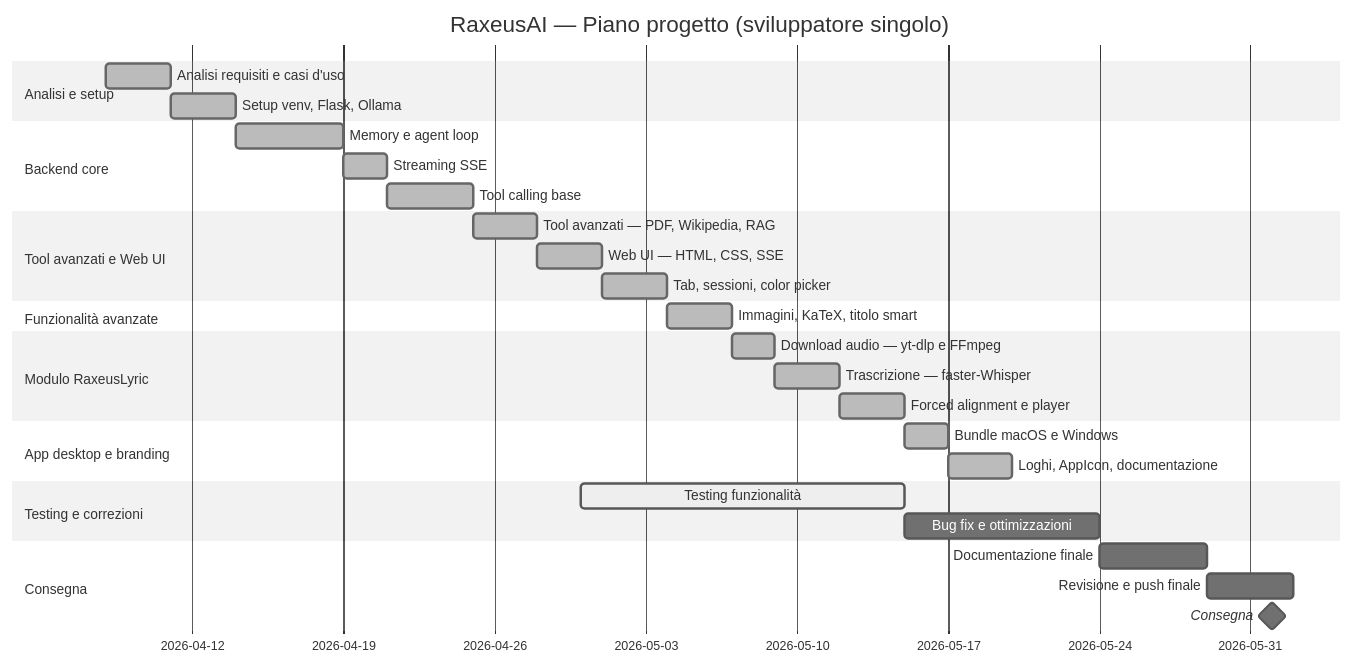
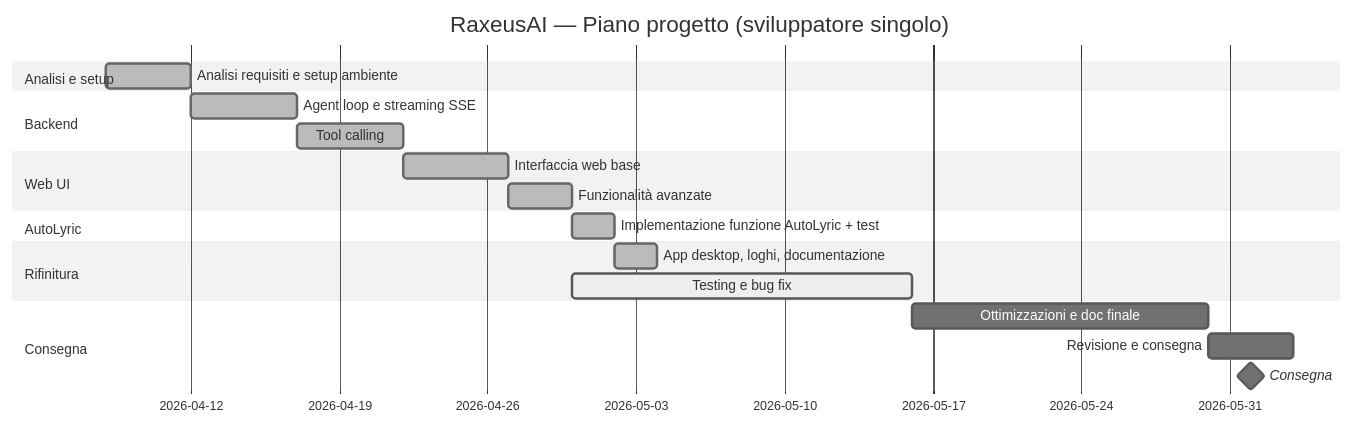
Before and after one commit to AlbertoBruscoliniMain/RaxeusAI: the third of 3 diagrams in REQUISITI_PROGETTO.md, drawn with Mermaid (neutral theme). The commit also changed other lines of this file, not shown here.

Commit message:
Requisiti: piano semplificato, AutoLyric 2gg, sequenziale

````diff
--- a/REQUISITI_PROGETTO.md
+++ b/REQUISITI_PROGETTO.md
@@ -312,40 +308,28 @@
 ```mermaid
 gantt
     dateFormat  YYYY-MM-DD
     title       RaxeusAI — Piano progetto (sviluppatore singolo)
 
     section Analisi e setup
-    Analisi requisiti e casi d'uso      :done,   a1, 2026-04-08, 3d
-    Setup venv, Flask, Ollama           :done,   a2, after a1,   3d
+    Analisi requisiti e setup ambiente  :done,   a1, 2026-04-08, 4d
 
-    section Backend core
-    Memory e agent loop                 :done,   b1, after a2,   5d
-    Streaming SSE                       :done,   b2, after b1,   2d
-    Tool calling base                   :done,   b3, after b2,   4d
+    section Backend
+    Agent loop e streaming SSE          :done,   b1, after a1,   5d
+    Tool calling                        :done,   b2, after b1,   5d
 
-    section Tool avanzati e Web UI
-    Tool avanzati — PDF, Wikipedia, RAG :done,   c1, after b3,   3d
-    Web UI — HTML, CSS, SSE             :done,   c2, after c1,   3d
-    Tab, sessioni, color picker         :done,   c3, after c2,   3d
+    section Web UI
+    Interfaccia web base                :done,   c1, after b2,   5d
+    Funzionalità avanzate               :done,   c2, after c1,   3d
 
-    section Funzionalità avanzate
-    Immagini, KaTeX, titolo smart       :done,   d1, after c3,   3d
+    section AutoLyric
+    Implementazione funzione AutoLyric + test :done, d1, after c2, 2d
 
-    section Modulo RaxeusLyric
-    Download audio — yt-dlp e FFmpeg    :done,   e1, after d1,   2d
-    Trascrizione — faster-Whisper       :done,   e2, after e1,   3d
-    Forced alignment e player           :done,   e3, after e2,   3d
-
-    section App desktop e branding
-    Bundle macOS e Windows              :done,   f1, after e3,   2d
-    Loghi, AppIcon, documentazione      :done,   f2, after f1,   3d
-
-    section Testing e correzioni
-    Testing funzionalità                :active, g1, 2026-04-30, 15d
-    Bug fix e ottimizzazioni            :        g2, after g1,   9d
+    section Rifinitura
+    App desktop, loghi, documentazione  :done,   e1, after d1,   2d
+    Testing e bug fix                   :active, e2, 2026-04-30, 16d
 
     section Consegna
-    Documentazione finale               :        h1, after g2,   5d
-    Revisione e push finale             :        h2, after h1,   4d
+    Ottimizzazioni e doc finale         :        f1, after e2,   14d
+    Revisione e consegna                :        f2, after f1,   4d
     Consegna                            :milestone, 2026-06-01, 0d
 ```
````
